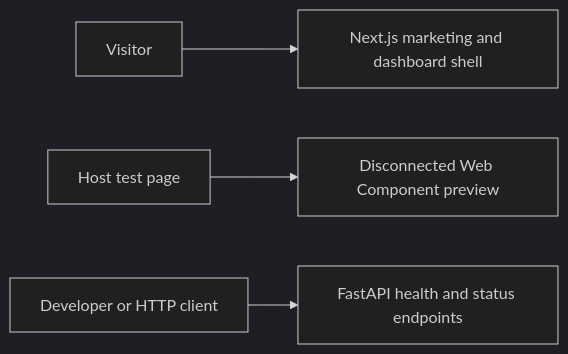
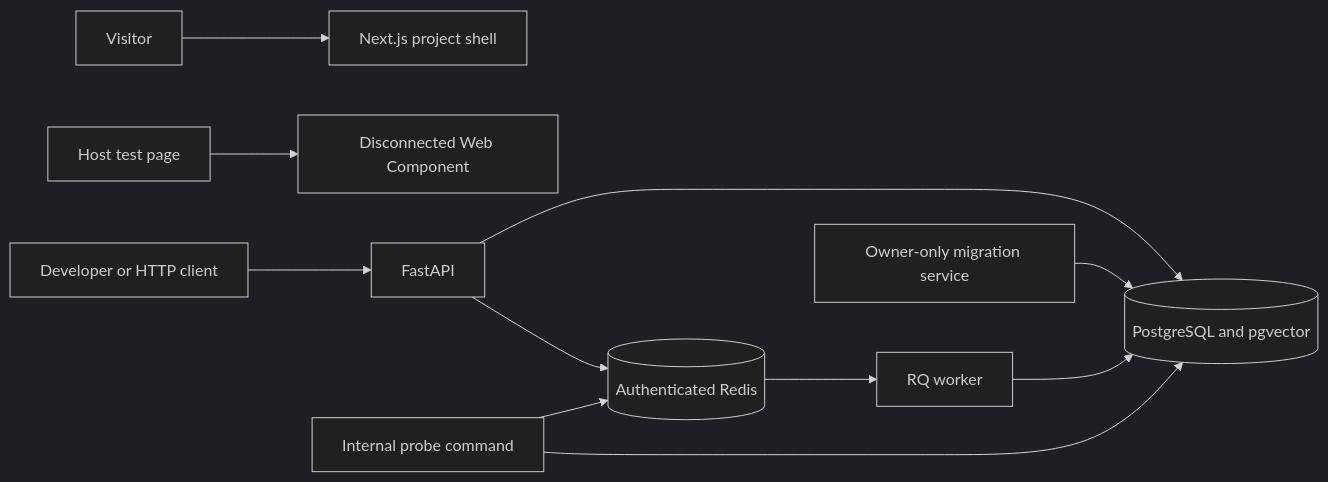
One commit to iamhamzakhokhar/ai-knowledge-assistant changed the diagram in README.md. Above: the diagram before and after it, drawn with Mermaid (dark theme). The commit also changed other lines of this file and 42 other files, not shown here.

````diff
--- a/README.md
+++ b/README.md
@@ -66,6 +77,13 @@
 ```mermaid
 flowchart LR
-    Visitor[Visitor] --> Web[Next.js marketing and dashboard shell]
-    TestPage[Host test page] --> Widget[Disconnected Web Component preview]
-    Developer[Developer or HTTP client] --> API[FastAPI health and status endpoints]
+    Visitor[Visitor] --> Web[Next.js project shell]
+    HostPage[Host test page] --> Widget[Disconnected Web Component]
+    Client[Developer or HTTP client] --> API[FastAPI]
+    API --> DB[(PostgreSQL and pgvector)]
+    API --> Redis[(Authenticated Redis)]
+    Probe[Internal probe command] --> Redis
+    Redis --> Worker[RQ worker]
+    Probe --> DB
+    Worker --> DB
+    Migration[Owner-only migration service] --> DB
 ```
````
